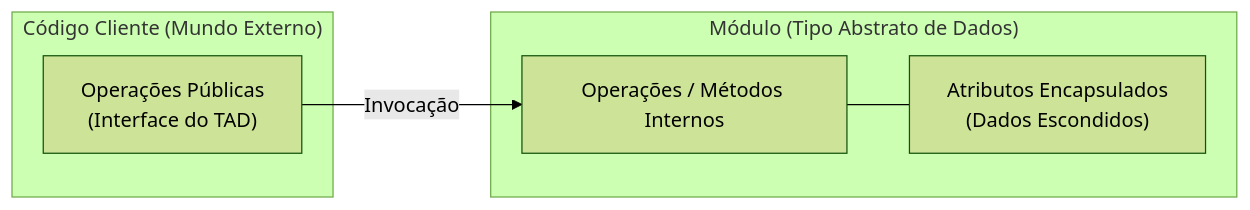
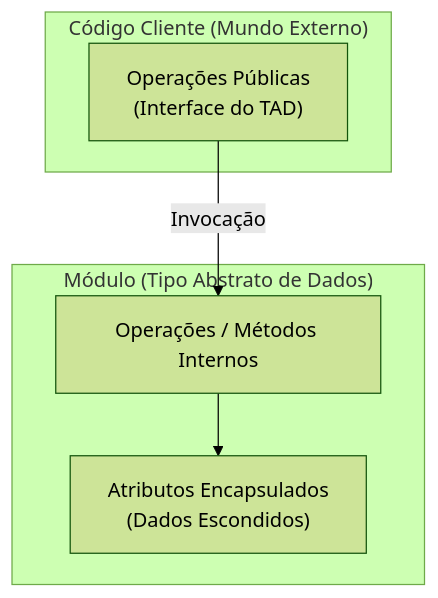
The first of 2 diagrams in 01. Programacao Modular/03. Tipos abstratos de dados.md (leorruas/puc), drawn with Mermaid (forest theme) before and after one commit. The commit also changed 2 other files, not shown here.

Commit message:
refactor(diagrams): audita e refatora todos os diagramas Mermaid para flowchart TD vertical e subgraphs empilhados conforme a Regra 9 estrita

````diff
--- a/01. Programacao Modular/03. Tipos abstratos de dados.md
+++ b/01. Programacao Modular/03. Tipos abstratos de dados.md
@@ -57,11 +57,14 @@
 ```mermaid
-graph LR
+flowchart TD
     subgraph MundoExterno ["Código Cliente (Mundo Externo)"]
         A["Operações Públicas<br>(Interface do TAD)"]
     end
     
     subgraph ModuloTAD ["Módulo (Tipo Abstrato de Dados)"]
-        A -->|Invocação| B["Operações / Métodos Internos"]
-        B --- C["Atributos Encapsulados<br>(Dados Escondidos)"]
+        B["Operações / Métodos Internos"]
+        C["Atributos Encapsulados<br>(Dados Escondidos)"]
+        B --> C
     end
+
+    A -->|Invocação| B
 ```
````
